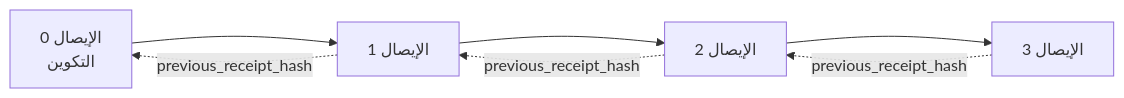
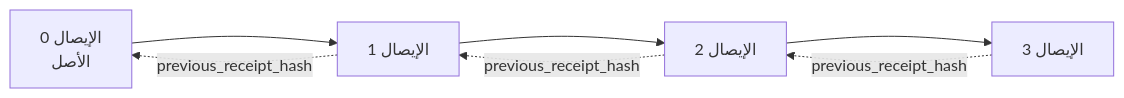
Before and after one commit to gabrielmoreira/agent-skills-mirror: the second of 2 diagrams in mirrors/repos/microsoft@ai-agents-for-beginners/translations/ar/18-securing-ai-agents/README.md, drawn with Mermaid. The commit also changed other lines of this file and 4482 other files, not shown here.

````diff
--- a/mirrors/repos/microsoft@ai-agents-for-beginners/translations/ar/18-securing-ai-agents/README.md
+++ b/mirrors/repos/microsoft@ai-agents-for-beginners/translations/ar/18-securing-ai-agents/README.md
@@ -206,9 +206,9 @@
 ```mermaid
 flowchart LR
-    R0[الإيصال 0<br/>التكوين] --> R1[الإيصال 1]
+    R0[الإيصال 0<br/>الأصل] --> R1[الإيصال 1]
     R1 --> R2[الإيصال 2]
     R2 --> R3[الإيصال 3]
     R1 -. previous_receipt_hash .-> R0
     R2 -. previous_receipt_hash .-> R1
     R3 -. previous_receipt_hash .-> R2
 ```
````
